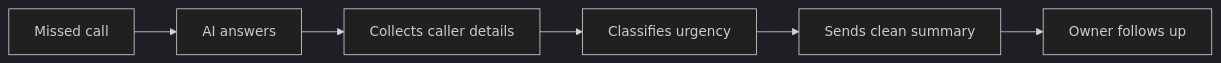
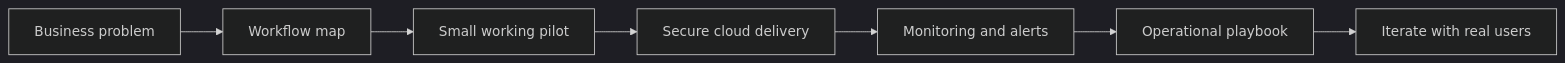
The diagram in README.md (michaelcornerstone/michaelcornerstone), drawn with Mermaid (dark theme) before and after one commit. The commit also changed other lines of this file, not shown here.

````diff
--- a/README.md
+++ b/README.md
@@ -52,8 +56,9 @@
 ```mermaid
 flowchart LR
-  A["Missed call"] --> B["AI answers"]
-  B --> C["Collects caller details"]
-  C --> D["Classifies urgency"]
-  D --> E["Sends clean summary"]
-  E --> F["Owner follows up"]
+  A["Business problem"] --> B["Workflow map"]
+  B --> C["Small working pilot"]
+  C --> D["Secure cloud delivery"]
+  D --> E["Monitoring and alerts"]
+  E --> F["Operational playbook"]
+  F --> G["Iterate with real users"]
 ```
````
